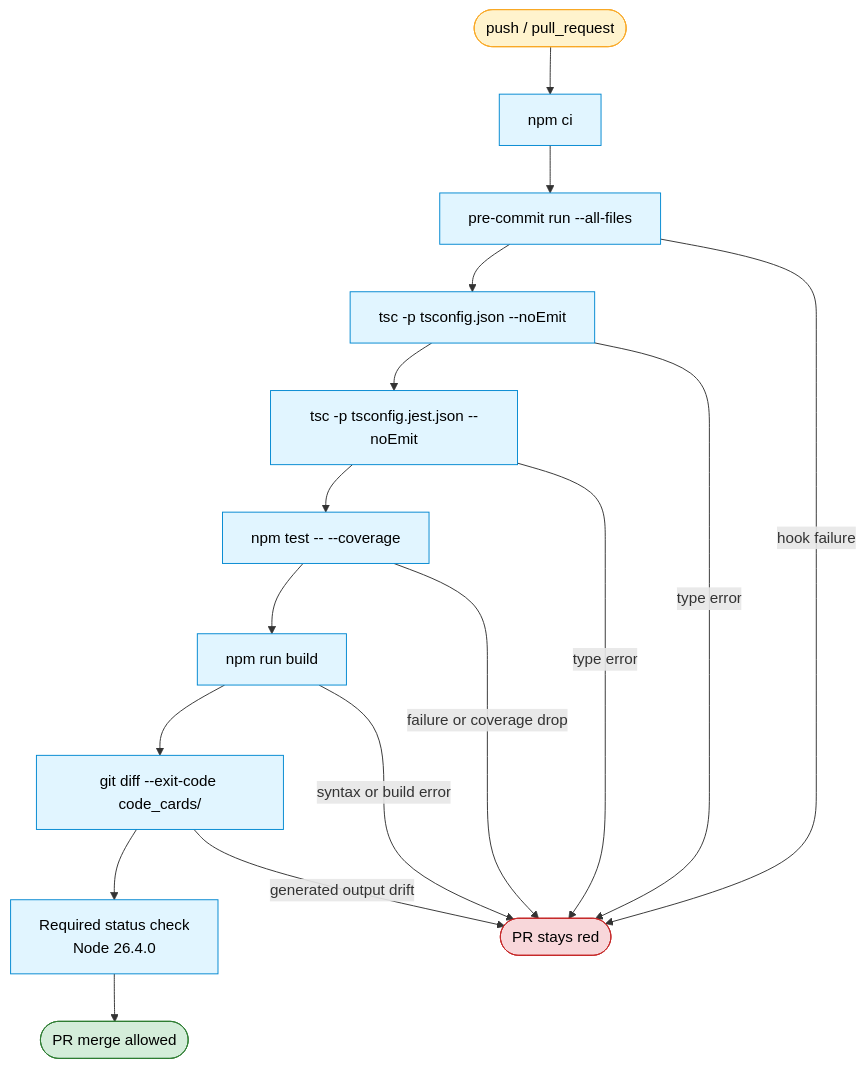
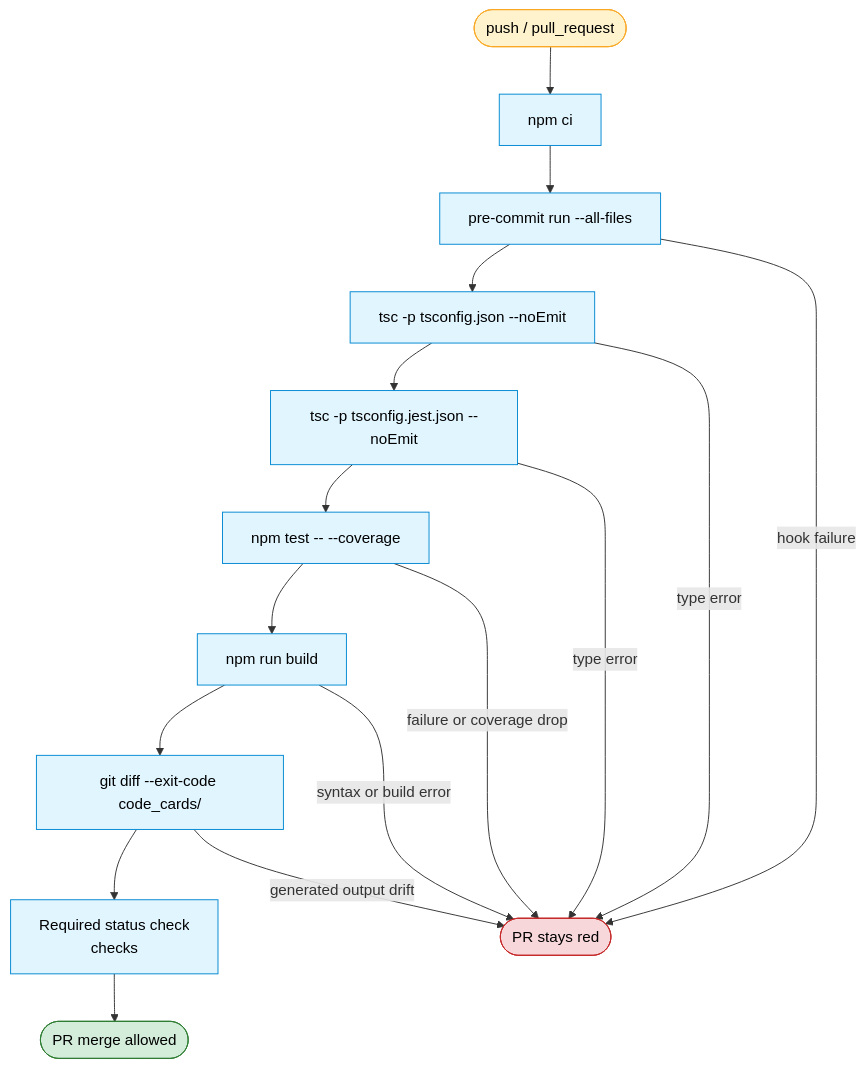
Before and after one commit to muhsinali/anki_templates: the second of 2 diagrams in documentation/architecture-diagrams/07-test-and-ci.md, drawn with Mermaid. The commit also changed other lines of this file and 9 other files, not shown here.

````diff
--- a/documentation/architecture-diagrams/07-test-and-ci.md
+++ b/documentation/architecture-diagrams/07-test-and-ci.md
@@ -83,44 +84,44 @@
 ```mermaid
 flowchart TB
     trigger(["push / pull_request"])
     install["npm ci"]
     precommit["pre-commit run --all-files"]
     typecheck_src["tsc -p tsconfig.json --noEmit"]
     typecheck_tests["tsc -p tsconfig.jest.json --noEmit"]
     tests["npm test -- --coverage"]
     build["npm run build"]
     drift["git diff --exit-code code_cards/"]
-    required_check["Required status check<br/>Node 26.4.0"]
+    required_check["Required status check<br/>checks"]
     merge_allowed(["PR merge allowed"])
     red_status(["PR stays red"])
 
     %% Main CI path.
     trigger --> install
     install --> precommit
     precommit --> typecheck_src
     typecheck_src --> typecheck_tests
     typecheck_tests --> tests
     tests --> build
     build --> drift
     drift --> required_check
     required_check --> merge_allowed
 
     %% Any gate failure blocks the required check.
     precommit -->|hook failure| red_status
     typecheck_src -->|type error| red_status
     typecheck_tests -->|type error| red_status
     tests -->|failure or coverage drop| red_status
     build -->|syntax or build error| red_status
     drift -->|generated output drift| red_status
 
     classDef entry fill:#fff3cd,stroke:#f9a825,color:#000;
     classDef process fill:#e1f5ff,stroke:#0288d1,color:#000;
     classDef ok fill:#d4edda,stroke:#2e7d32,color:#000;
     classDef bad fill:#f8d7da,stroke:#c62828,color:#000;
 
     class trigger entry;
     class install,precommit,typecheck_src,typecheck_tests process;
     class tests,build,drift,required_check process;
     class merge_allowed ok;
     class red_status bad;
 ```
````
